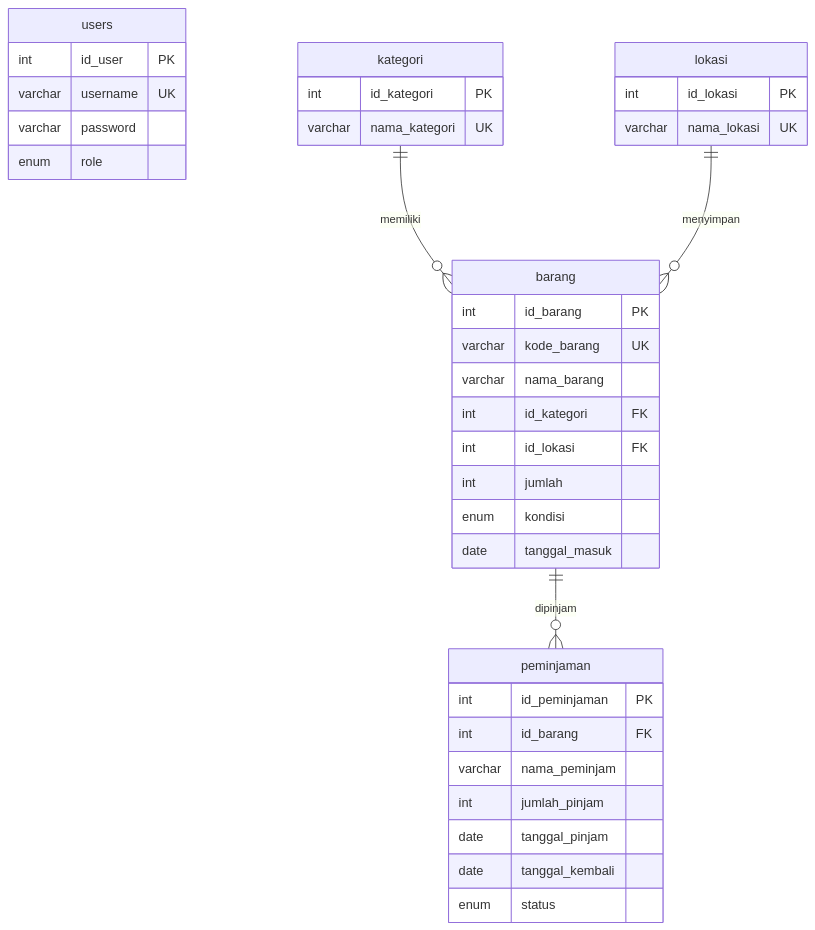
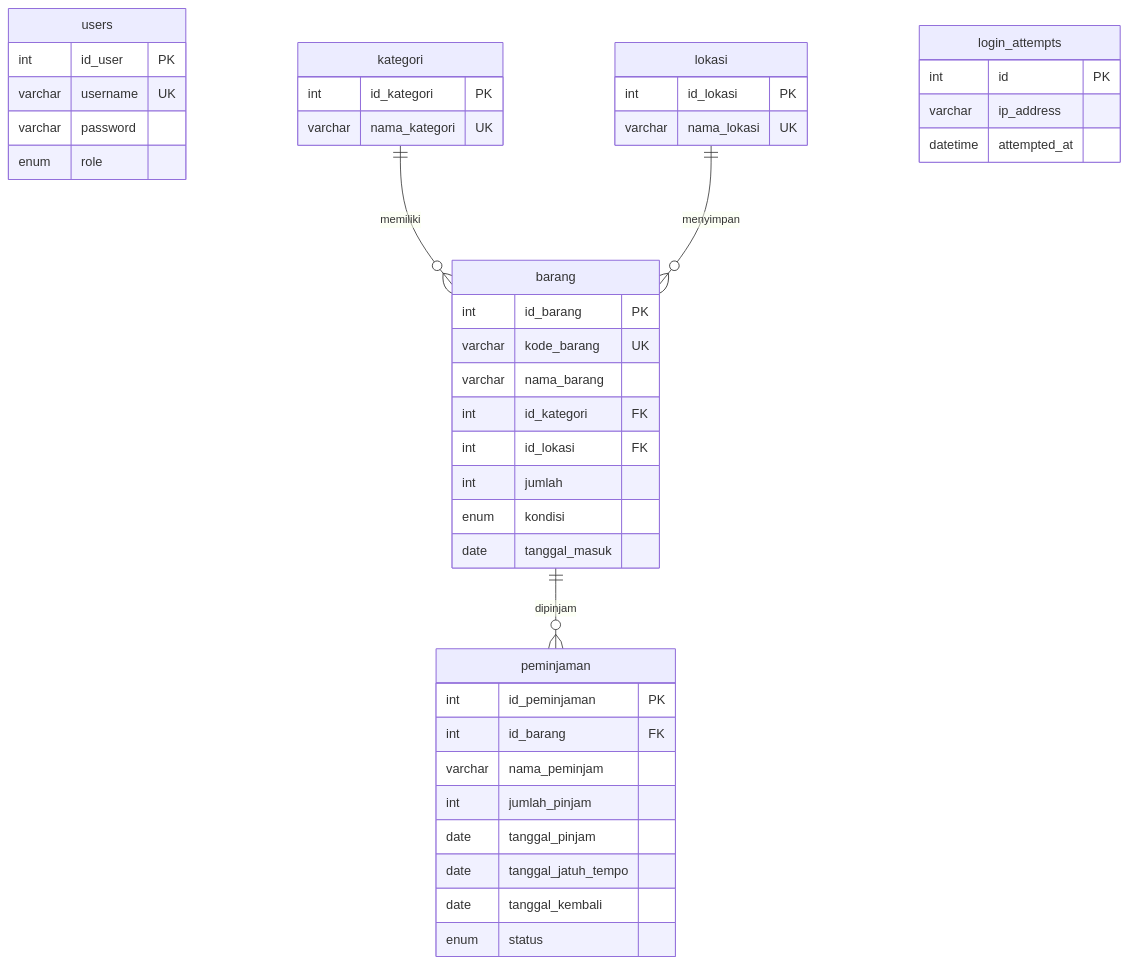
The diagram in README.md (Qahluz/KhazLab), drawn with Mermaid before and after one commit. The commit also changed other lines of this file and 38 other files, not shown here.

````diff
--- a/README.md
+++ b/README.md
@@ -144,44 +148,51 @@
 ```mermaid
 erDiagram
     users {
         int id_user PK
         varchar username UK
         varchar password
         enum role
     }
 
     kategori {
         int id_kategori PK
         varchar nama_kategori UK
     }
 
     lokasi {
         int id_lokasi PK
         varchar nama_lokasi UK
     }
 
     barang {
         int id_barang PK
         varchar kode_barang UK
         varchar nama_barang
         int id_kategori FK
         int id_lokasi FK
         int jumlah
         enum kondisi
         date tanggal_masuk
     }
 
     peminjaman {
         int id_peminjaman PK
         int id_barang FK
         varchar nama_peminjam
         int jumlah_pinjam
         date tanggal_pinjam
+        date tanggal_jatuh_tempo
         date tanggal_kembali
         enum status
+    }
+
+    login_attempts {
+        int id PK
+        varchar ip_address
+        datetime attempted_at
     }
 
     kategori ||--o{ barang : "memiliki"
     lokasi ||--o{ barang : "menyimpan"
     barang ||--o{ peminjaman : "dipinjam"
 ```
````
